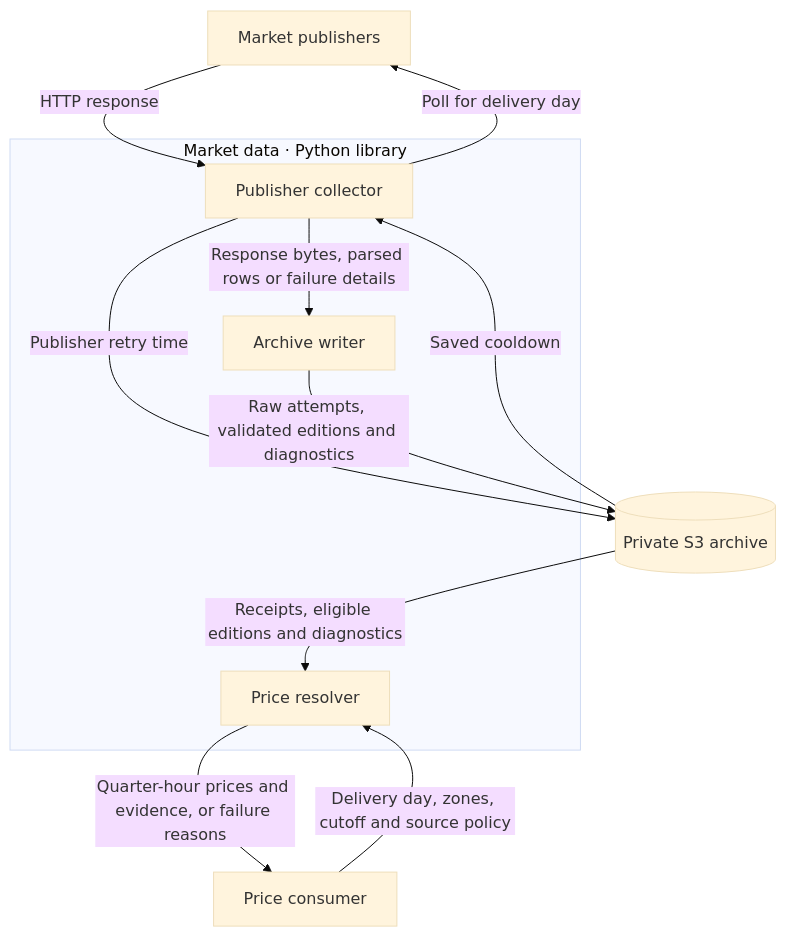
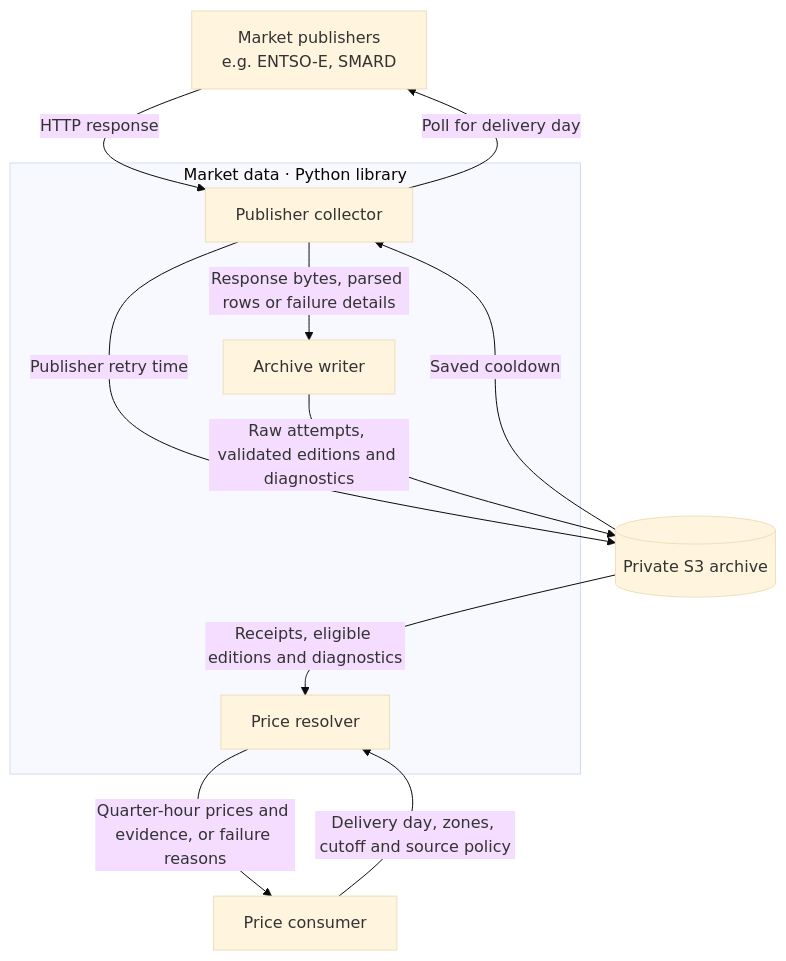
Before and after one commit to zoltanmaric/coppersushi: the diagram in coppersushi/pipelines/market_data/README.md, drawn with Mermaid (base theme).

Commit message:
Name two example market publishers in the collector diagram

````diff
--- a/coppersushi/pipelines/market_data/README.md
+++ b/coppersushi/pipelines/market_data/README.md
@@ -9,20 +9,20 @@
 ```mermaid
 flowchart TB
-    Publishers["Market publishers"]
+    Publishers["Market publishers<br/>e.g. ENTSO-E, SMARD"]
     Consumer["Price consumer"]
     subgraph Market["Market data · Python library"]
         Caller["Publisher collector"]
         Writer["Archive writer"]
         Resolver["Price resolver"]
     end
     Archive[("Private S3 archive")]
     Caller -->|Poll for delivery day| Publishers
     Publishers -->|HTTP response| Caller
     Caller -->|Publisher retry time| Archive
     Archive -->|Saved cooldown| Caller
     Caller -->|Response bytes, parsed rows or failure details| Writer
     Writer -->|Raw attempts, validated editions and diagnostics| Archive
     Consumer -->|Delivery day, zones, cutoff and source policy| Resolver
     Archive -->|Receipts, eligible editions and diagnostics| Resolver
     Resolver -->|Quarter-hour prices and evidence, or failure reasons| Consumer
 ```
````
